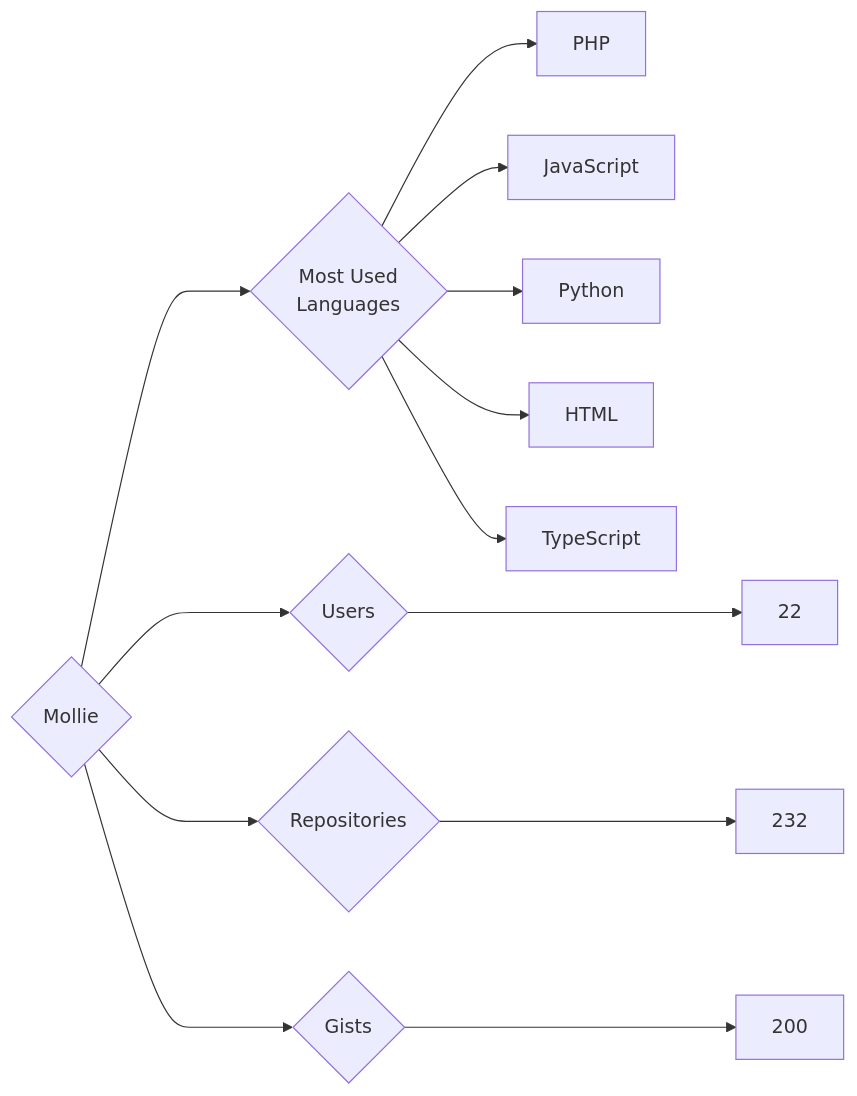
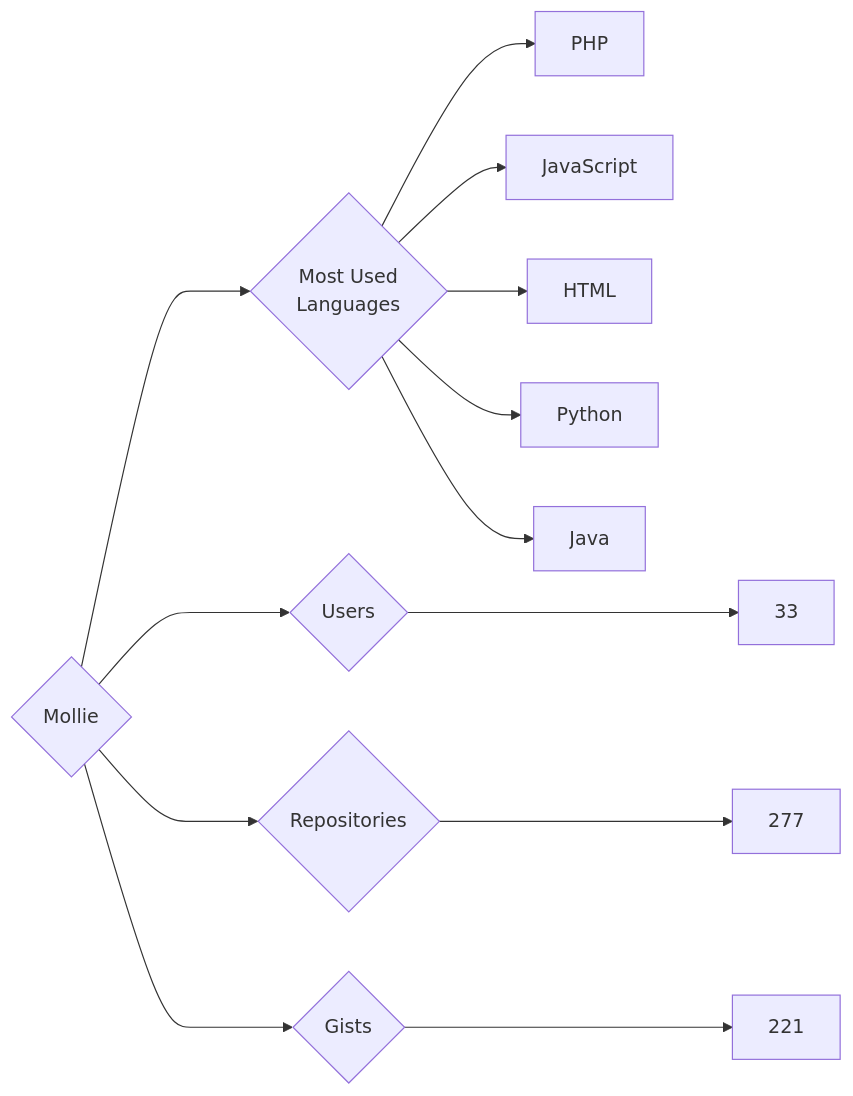
Before and after one commit to trickest/insiders: the diagram in targets/Mollie/README.md, drawn with Mermaid. The commit also changed 814 other files, not shown here.

````diff
--- a/targets/Mollie/README.md
+++ b/targets/Mollie/README.md
@@ -3,13 +3,13 @@
 ```mermaid
 graph LR
 COMPANY_NAME{Mollie}
-COMPANY_NAME ---> U{Users} ---> UN[22]
-COMPANY_NAME ---> R{Repositories} ---> RN[232]
-COMPANY_NAME ---> G{Gists} ---> GN[200]
+COMPANY_NAME ---> U{Users} ---> UN[33]
+COMPANY_NAME ---> R{Repositories} ---> RN[277]
+COMPANY_NAME ---> G{Gists} ---> GN[221]
 COMPANY_NAME ---> ML{Most Used<br>Languages}
 ML --> PHP[PHP]
 ML --> JavaScript[JavaScript]
+ML --> HTML[HTML]
 ML --> Python[Python]
-ML --> HTML[HTML]
-ML --> TypeScript[TypeScript]
+ML --> Java[Java]
 ```
````
